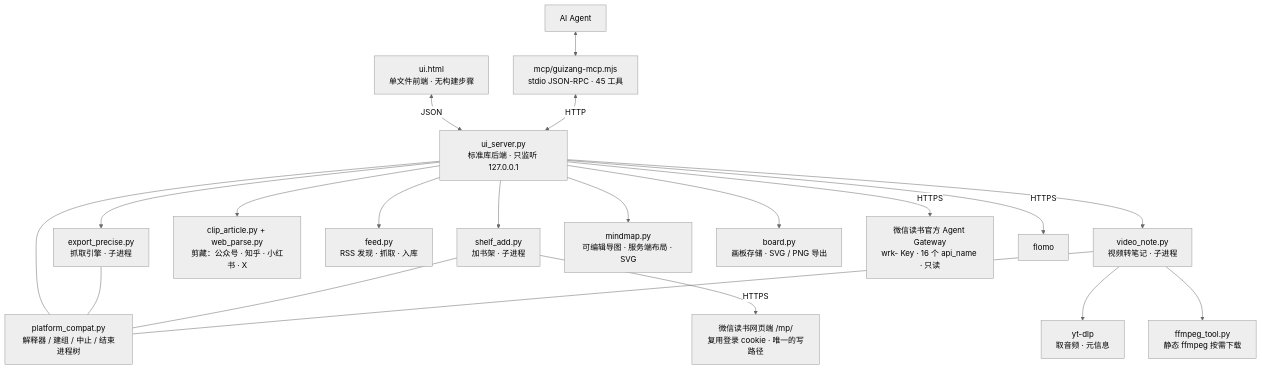
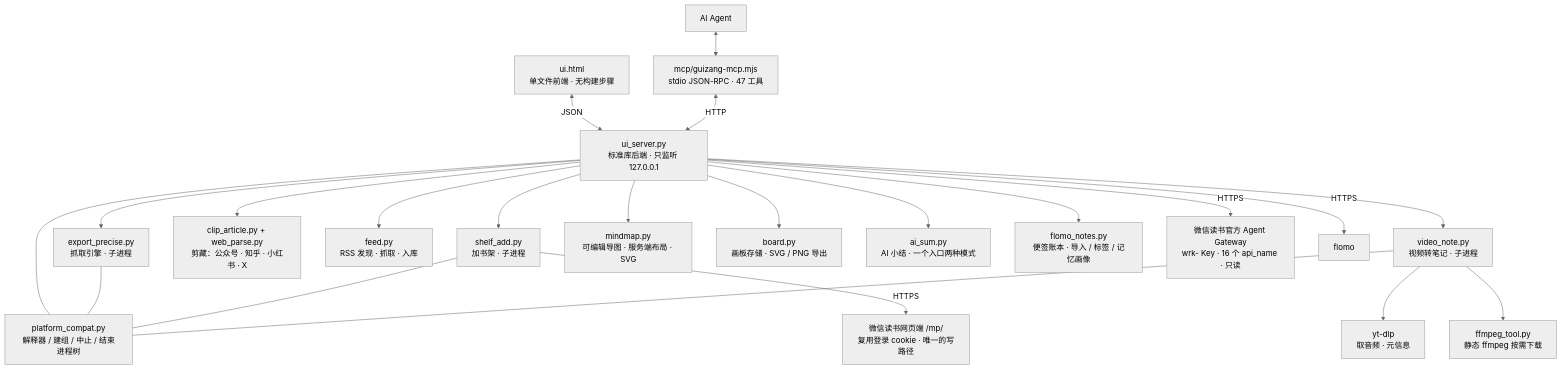
One commit to KEQingFeng/weread-guizang changed the second of 2 diagrams in README.md. Above: the diagram before and after it, drawn with Mermaid (neutral theme). The commit also changed other lines of this file and 32 other files, not shown here.

````diff
--- a/README.md
+++ b/README.md
@@ -290,40 +316,44 @@
 ```mermaid
 flowchart TB
   UI[ui.html<br/>单文件前端 · 无构建步骤]
   S[ui_server.py<br/>标准库后端 · 只监听 127.0.0.1]
   E[export_precise.py<br/>抓取引擎 · 子进程]
   SA[shelf_add.py<br/>加书架 · 子进程]
   CL[clip_article.py + web_parse.py<br/>剪藏：公众号 · 知乎 · 小红书 · X]
   FS[feed.py<br/>RSS 发现 · 抓取 · 入库]
   VN[video_note.py<br/>视频转笔记 · 子进程]
   FF[ffmpeg_tool.py<br/>静态 ffmpeg 按需下载]
   MM[mindmap.py<br/>可编辑导图 · 服务端布局 · SVG]
   BD[board.py<br/>画板存储 · SVG / PNG 导出]
+  AS[ai_sum.py<br/>AI 小结 · 一个入口两种模式]
+  FN[flomo_notes.py<br/>便签账本 · 导入 / 标签 / 记忆画像]
   YT[yt-dlp<br/>取音频 · 元信息]
   WG[微信读书官方 Agent Gateway<br/>wrk- Key · 16 个 api_name · 只读]
   WP[微信读书网页端 /mp/<br/>复用登录 cookie · 唯一的写路径]
   FL[flomo]
   PC[platform_compat.py<br/>解释器 / 建组 / 中止 / 结束进程树]
-  M[mcp/guizang-mcp.mjs<br/>stdio JSON-RPC · 45 工具]
+  M[mcp/guizang-mcp.mjs<br/>stdio JSON-RPC · 47 工具]
   AG[AI Agent]
 
   UI <-->|JSON| S
   S --> E
   S --> SA
   S --> CL
   S --> FS
   S --> VN
   S --> MM
   S --> BD
+  S --> AS
+  S --> FN
   S -->|HTTPS| WG
   SA -->|HTTPS| WP
   S -->|HTTPS| FL
   S --- PC
   E --- PC
   SA --- PC
   VN --- PC
   VN --> YT
   VN --> FF
   M <-->|HTTP| S
   AG <--> M
 ```
````
